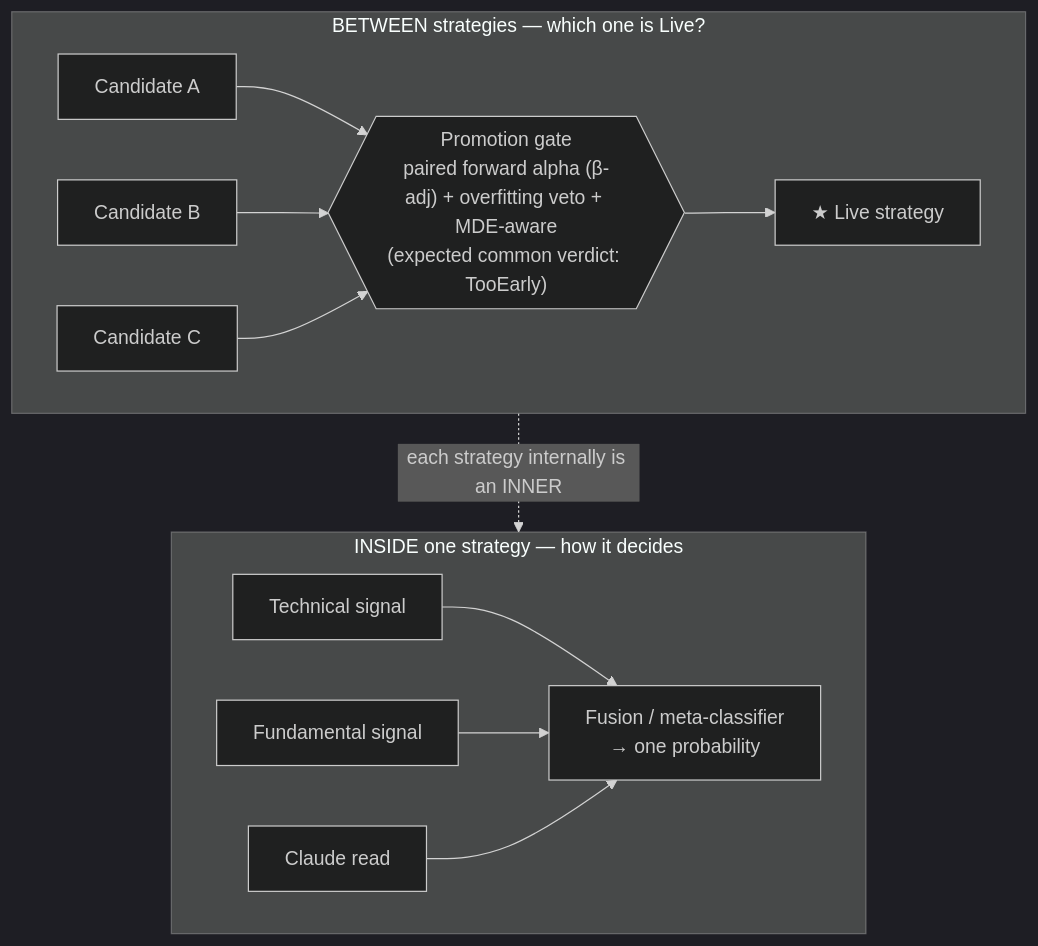
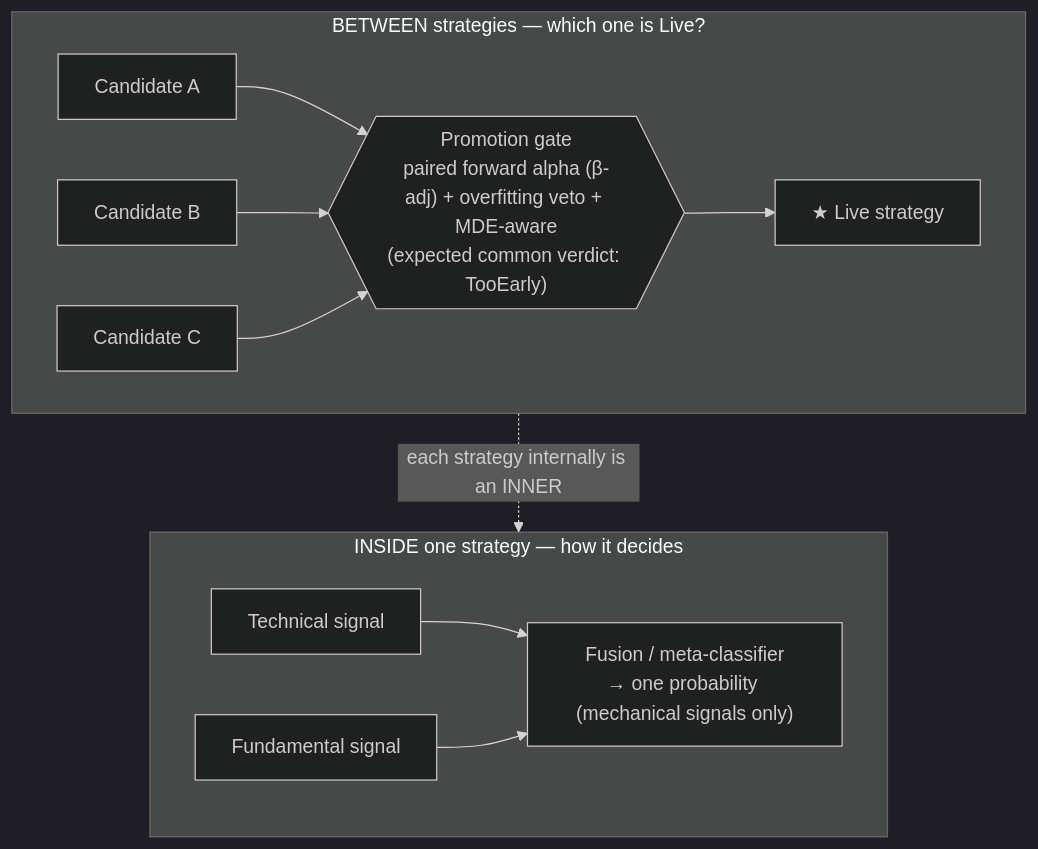
One commit to masalasev-ops/AlphaFinanceLab changed the first of 3 diagrams in docs/MASTER_DESIGN_v1.9.md. Above: the diagram before and after it, drawn with Mermaid (dark theme). The commit also changed other lines of this file and 3 other files, not shown here.

````diff
--- a/docs/MASTER_DESIGN_v1.9.md
+++ b/docs/MASTER_DESIGN_v1.9.md
@@ -188,18 +188,17 @@
 ```mermaid
 flowchart TB
     subgraph OUTER["BETWEEN strategies — which one is Live?"]
         direction LR
         C1["Candidate A"] --> GATE
         C2["Candidate B"] --> GATE
         C3["Candidate C"] --> GATE
         GATE{{"Promotion gate<br/>paired forward alpha (β-adj) + overfitting veto + MDE-aware<br/>(expected common verdict: TooEarly)"}} --> L["★ Live strategy"]
     end
     subgraph INNER["INSIDE one strategy — how it decides"]
         direction LR
         S1["Technical signal"] --> FUSE
         S2["Fundamental signal"] --> FUSE
-        S3["Claude read"] --> FUSE
-        FUSE["Fusion / meta-classifier<br/>→ one probability"]
+        FUSE["Fusion / meta-classifier<br/>→ one probability (mechanical signals only)"]
     end
     L -.->|"each strategy internally is an INNER"| INNER
 ```
````
